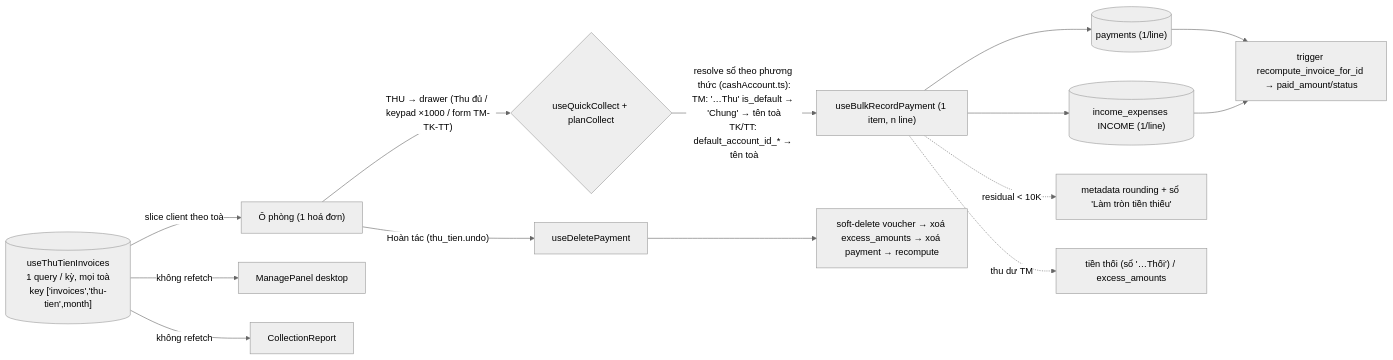
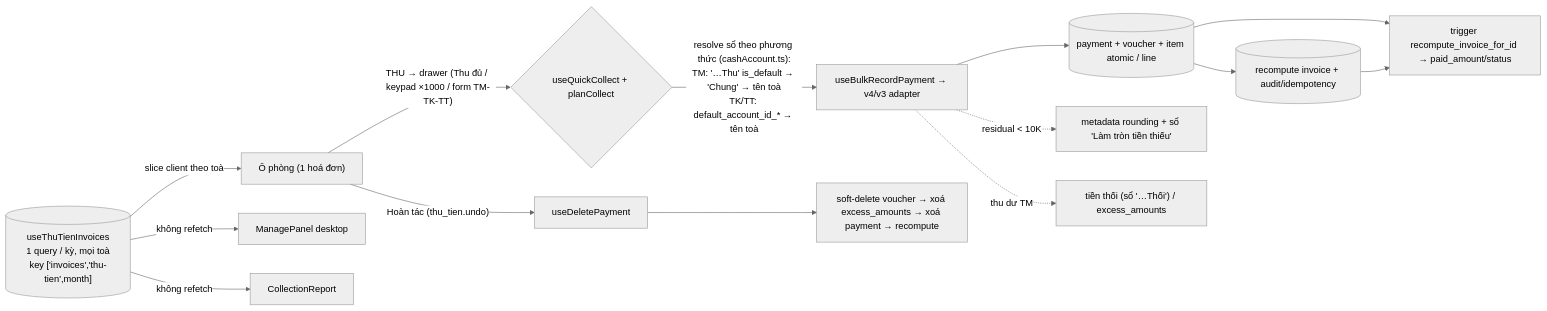
The fourth of 4 diagrams in docs/he-thong/15-kenh-cong-khai-sale-thu-tien.md (zxGreenxz/whiteboard-ihomecrm), drawn with Mermaid (neutral theme) before and after one commit. The commit also changed other lines of this file and 73 other files, not shown here.

````diff
--- a/docs/he-thong/15-kenh-cong-khai-sale-thu-tien.md
+++ b/docs/he-thong/15-kenh-cong-khai-sale-thu-tien.md
@@ -416,15 +424,15 @@
 ```mermaid
 flowchart LR
     Q[("useThuTienInvoices\n1 query / kỳ, mọi toà\nkey ['invoices','thu-tien',month]")] -->|slice client theo toà| A["Ô phòng (1 hoá đơn)"]
     Q -->|không refetch| MP[ManagePanel desktop]
     Q -->|không refetch| CR[CollectionReport]
     A -->|"THU → drawer (Thu đủ / keypad ×1000 / form TM-TK-TT)"| C{useQuickCollect + planCollect}
-    C -->|"resolve sổ theo phương thức (cashAccount.ts):\nTM: '…Thu' is_default → 'Chung' → tên toà\nTK/TT: default_account_id_* → tên toà"| D["useBulkRecordPayment (1 item, n line)"]
-    D --> E[("payments (1/line)")]
-    D --> F[("income_expenses INCOME (1/line)")]
+    C -->|"resolve sổ theo phương thức (cashAccount.ts):\nTM: '…Thu' is_default → 'Chung' → tên toà\nTK/TT: default_account_id_* → tên toà"| D["useBulkRecordPayment → v4/v3 adapter"]
+    D --> E[("payment + voucher + item atomic / line")]
+    E --> F[("recompute invoice + audit/idempotency")]
     D -.->|"residual < 10K"| G["metadata rounding + sổ 'Làm tròn tiền thiếu'"]
     D -.->|"thu dư TM"| K["tiền thối (sổ '…Thối') / excess_amounts"]
     E & F --> H["trigger recompute_invoice_for_id → paid_amount/status"]
     A -->|"Hoàn tác (thu_tien.undo)"| I[useDeletePayment]
     I --> J["soft-delete voucher → xoá excess_amounts → xoá payment → recompute"]
 ```
````
